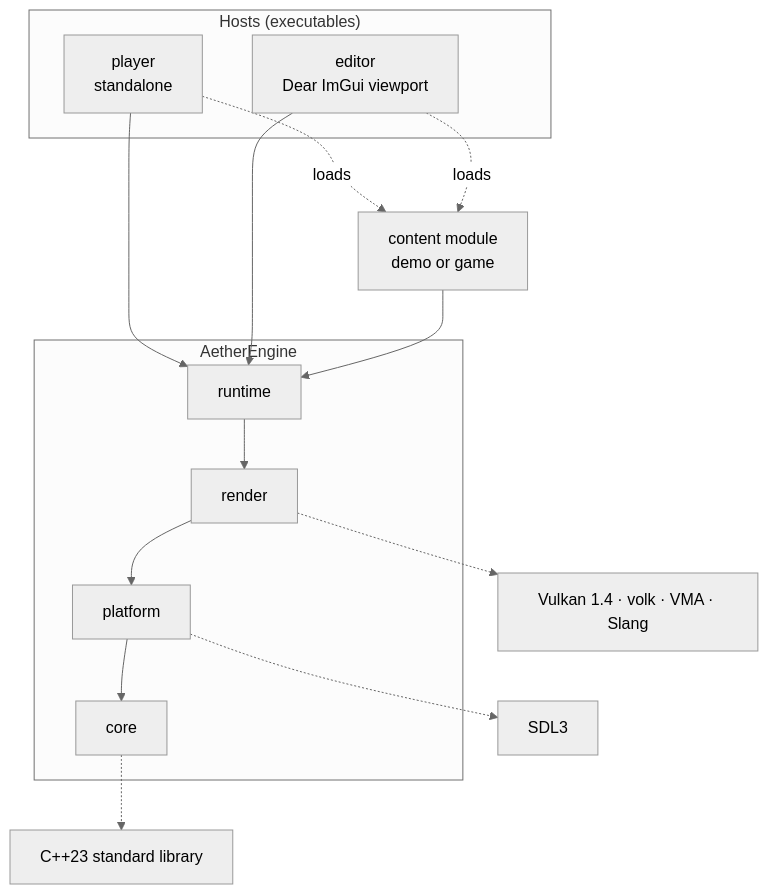
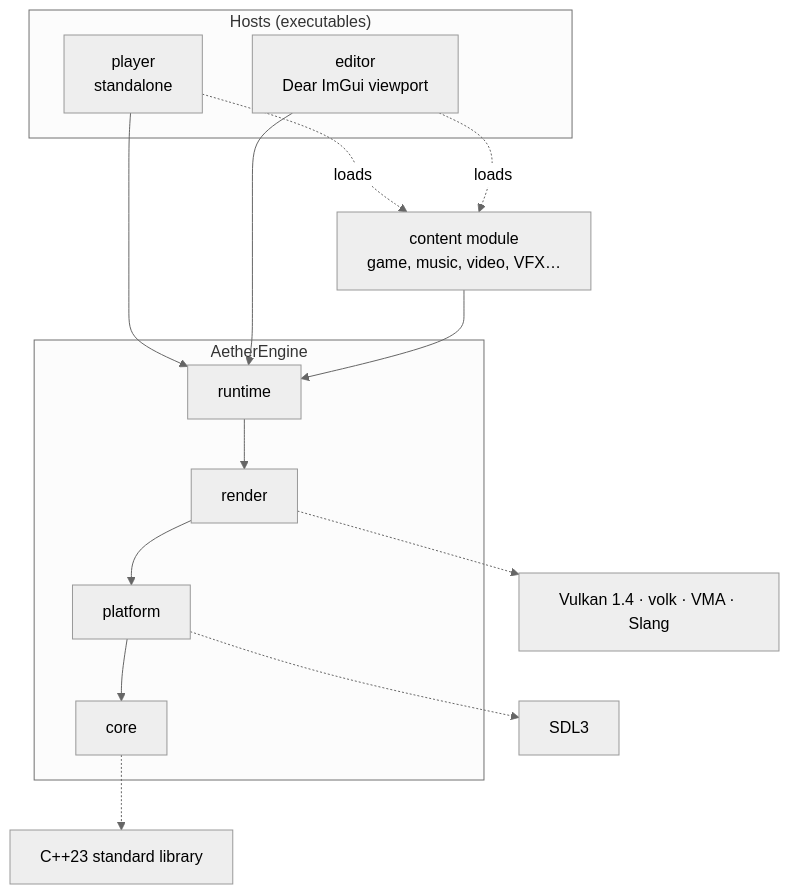
The diagram in docs/architecture.md (AIperture-Labs/AetherEngine), drawn with Mermaid (neutral theme) before and after one commit. The commit also changed other lines of this file and 1 other file, not shown here.

First line of the commit message:
docs(architecture): content beyond games, time from the runtime

````diff
--- a/docs/architecture.md
+++ b/docs/architecture.md
@@ -7,19 +7,19 @@
 ```mermaid
 flowchart TD
   subgraph hosts["Hosts (executables)"]
     player["player<br/>standalone"]
     editor["editor<br/>Dear ImGui viewport"]
   end
-  content["content module<br/>demo or game"]
+  content["content module<br/>game, music, video, VFX…"]
   subgraph engine["AetherEngine"]
     runtime --> render --> platform --> core
   end
   player --> runtime
   editor --> runtime
   player -. loads .-> content
   editor -. loads .-> content
   content --> runtime
   render -.-> vk["Vulkan 1.4 · volk · VMA · Slang"]
   platform -.-> sdl["SDL3"]
   core -.-> std["C++23 standard library"]
 ```
````
